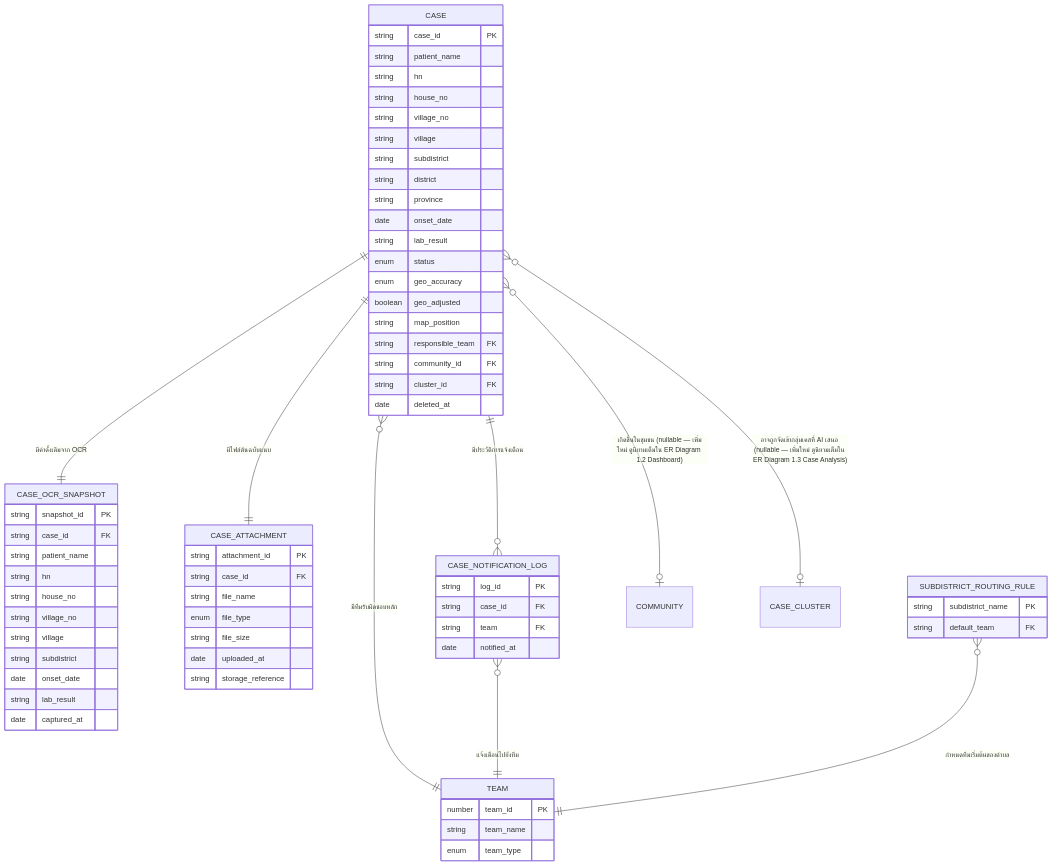
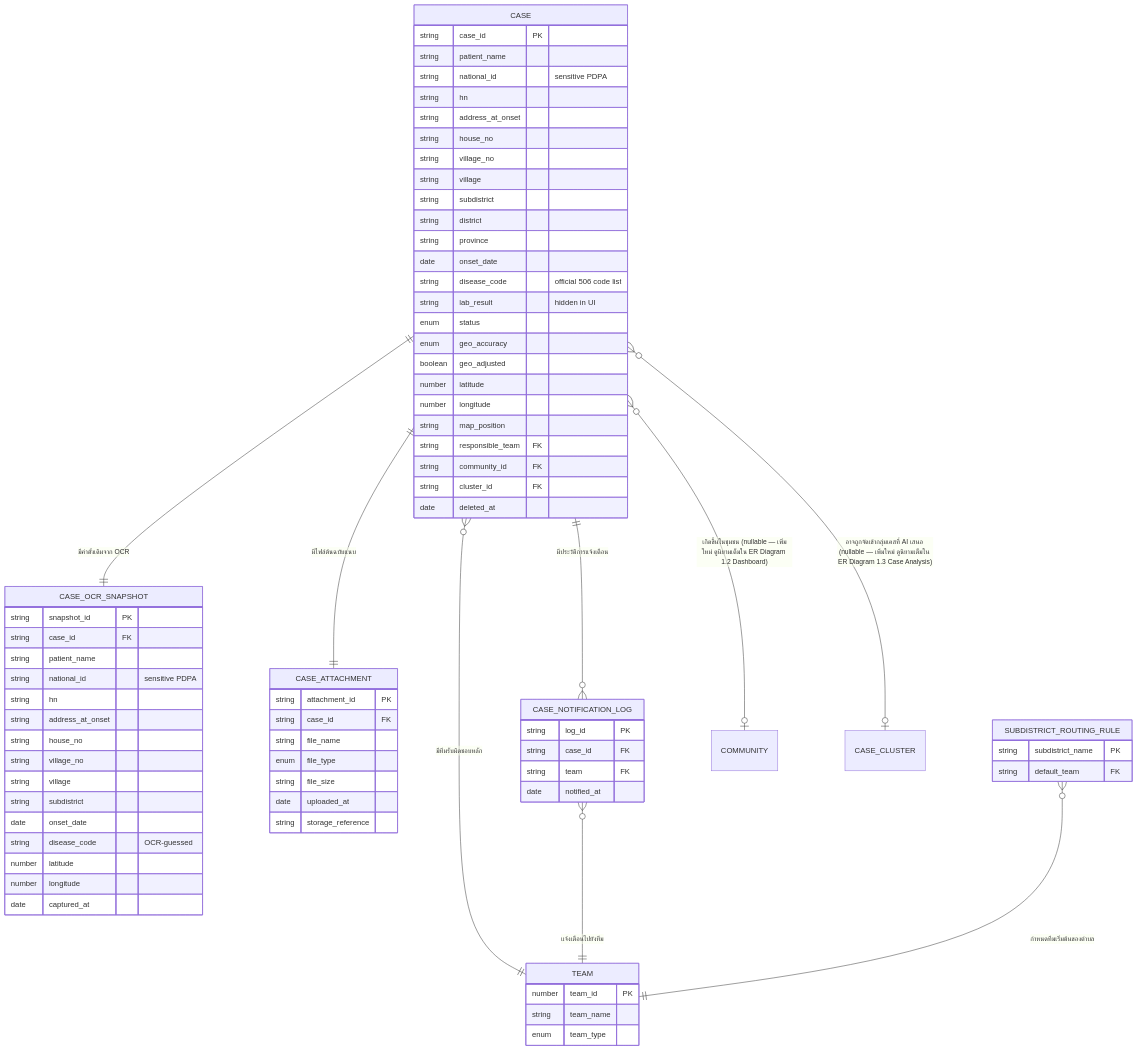
The first of 8 diagrams in docs/02-design/02-technical/DATA-MODEL.md (Plabuchill/AI-DSRP-oneshot), drawn with Mermaid before and after one commit. The commit also changed other lines of this file and 8 other files, not shown here.

````diff
--- a/docs/02-design/02-technical/DATA-MODEL.md
+++ b/docs/02-design/02-technical/DATA-MODEL.md
@@ -13,70 +15,79 @@
 ```mermaid
 erDiagram
   CASE ||--|| CASE_OCR_SNAPSHOT : "มีค่าดั้งเดิมจาก OCR"
   CASE ||--|| CASE_ATTACHMENT : "มีไฟล์ต้นฉบับแนบ"
   CASE }o--|| TEAM : "มีทีมรับผิดชอบหลัก"
   CASE ||--o{ CASE_NOTIFICATION_LOG : "มีประวัติการแจ้งเตือน"
   CASE_NOTIFICATION_LOG }o--|| TEAM : "แจ้งเตือนไปยังทีม"
   SUBDISTRICT_ROUTING_RULE }o--|| TEAM : "กำหนดทีมเริ่มต้นของตำบล"
   CASE }o--o| COMMUNITY : "เกิดขึ้นในชุมชน (nullable — เพิ่มใหม่ ดูนิยามเต็มใน ER Diagram 1.2 Dashboard)"
   CASE }o--o| CASE_CLUSTER : "อาจถูกจัดเข้ากลุ่มเคสที่ AI เสนอ (nullable — เพิ่มใหม่ ดูนิยามเต็มใน ER Diagram 1.3 Case Analysis)"
 
   CASE {
     string case_id PK
     string patient_name
+    string national_id "sensitive PDPA"
     string hn
+    string address_at_onset
     string house_no
     string village_no
     string village
     string subdistrict
     string district
     string province
     date onset_date
-    string lab_result
+    string disease_code "official 506 code list"
+    string lab_result "hidden in UI"
     enum status
     enum geo_accuracy
     boolean geo_adjusted
+    number latitude
+    number longitude
     string map_position
     string responsible_team FK
     string community_id FK
     string cluster_id FK
     date deleted_at
   }
   CASE_OCR_SNAPSHOT {
     string snapshot_id PK
     string case_id FK
     string patient_name
+    string national_id "sensitive PDPA"
     string hn
+    string address_at_onset
     string house_no
     string village_no
     string village
     string subdistrict
     date onset_date
-    string lab_result
+    string disease_code "OCR-guessed"
+    number latitude
+    number longitude
     date captured_at
   }
   CASE_ATTACHMENT {
     string attachment_id PK
     string case_id FK
     string file_name
     enum file_type
     string file_size
     date uploaded_at
     string storage_reference
   }
   TEAM {
     number team_id PK
     string team_name
     enum team_type
   }
   SUBDISTRICT_ROUTING_RULE {
     string subdistrict_name PK
     string default_team FK
   }
   CASE_NOTIFICATION_LOG {
     string log_id PK
     string case_id FK
     string team FK
     date notified_at
   }
 ```
````
